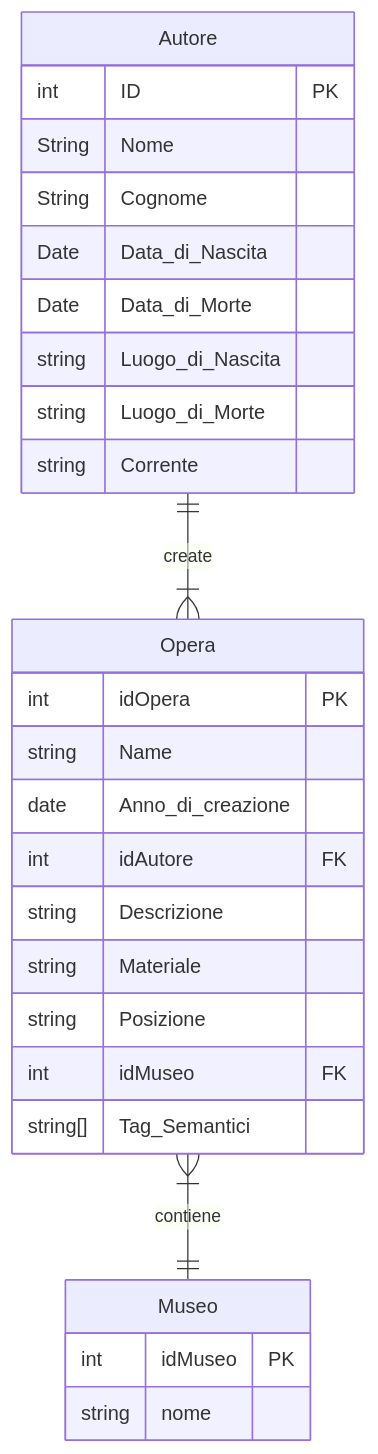
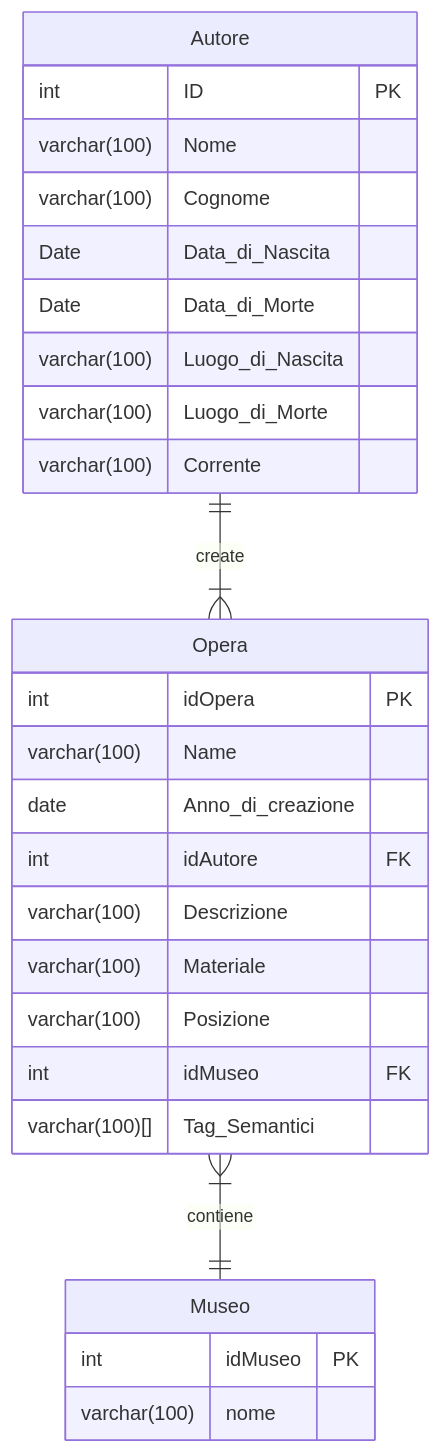
The diagram in Analisi/brainstorming.md (cvzzo/OnlyMuseum), drawn with Mermaid before and after one commit.

Commit message:
Update brainstorming.md
refactor string in varchar(100
)

````diff
--- a/Analisi/brainstorming.md
+++ b/Analisi/brainstorming.md
@@ -44,32 +44,32 @@
 ```mermaid
 erDiagram
     Opera {
         int idOpera PK
-        string Name
+        varchar(100) Name
         date Anno_di_creazione
         int idAutore FK
-        string Descrizione
-        string Materiale
-        string Posizione
+        varchar(100) Descrizione
+        varchar(100) Materiale
+        varchar(100) Posizione
         int idMuseo FK
-        string[] Tag_Semantici
+        varchar(100)[] Tag_Semantici
         }
     Autore ||--|{ Opera:create
     Autore {
         int ID PK
-        String Nome
-        String Cognome
+        varchar(100) Nome
+        varchar(100) Cognome
         Date Data_di_Nascita
         Date Data_di_Morte
-        string Luogo_di_Nascita
-        string Luogo_di_Morte
-        string Corrente
+        varchar(100) Luogo_di_Nascita
+        varchar(100) Luogo_di_Morte
+        varchar(100) Corrente
         }
     
     Museo {
         int idMuseo PK
-        string nome
+        varchar(100) nome
     }
    
    Opera }|--|| Museo:contiene  
 ```
````
